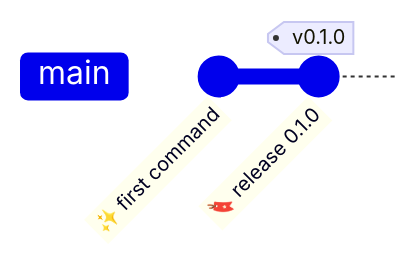
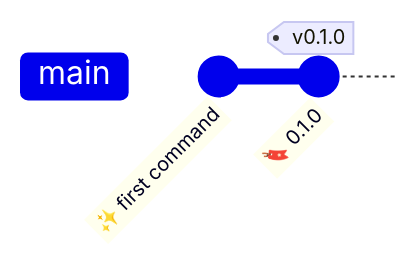
Before and after one commit to jkuball/presswerk: the diagram in docs/site/src/content/docs/guide/walkthrough.md, drawn with Mermaid. The commit also changed other lines of this file and 1 other file, not shown here.

````diff
--- a/docs/site/src/content/docs/guide/walkthrough.md
+++ b/docs/site/src/content/docs/guide/walkthrough.md
@@ -245,5 +245,5 @@
 ```mermaid The first push creates a release commit, then an explicit dispatch validates and publishes that exact commit.
 gitGraph
   commit id: "✨ first command"
-  commit id: "🔖 release 0.1.0" tag: "v0.1.0"
+  commit id: "🔖 0.1.0" tag: "v0.1.0"
 ```
````
